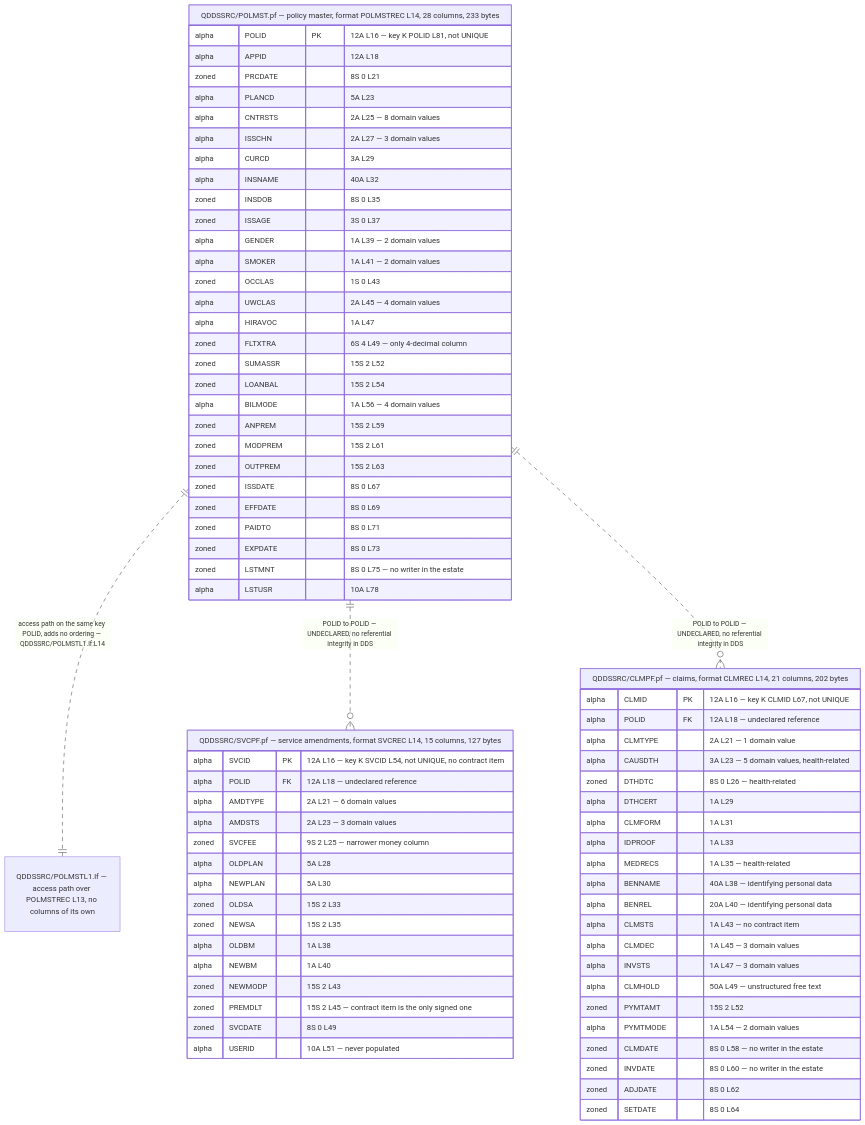
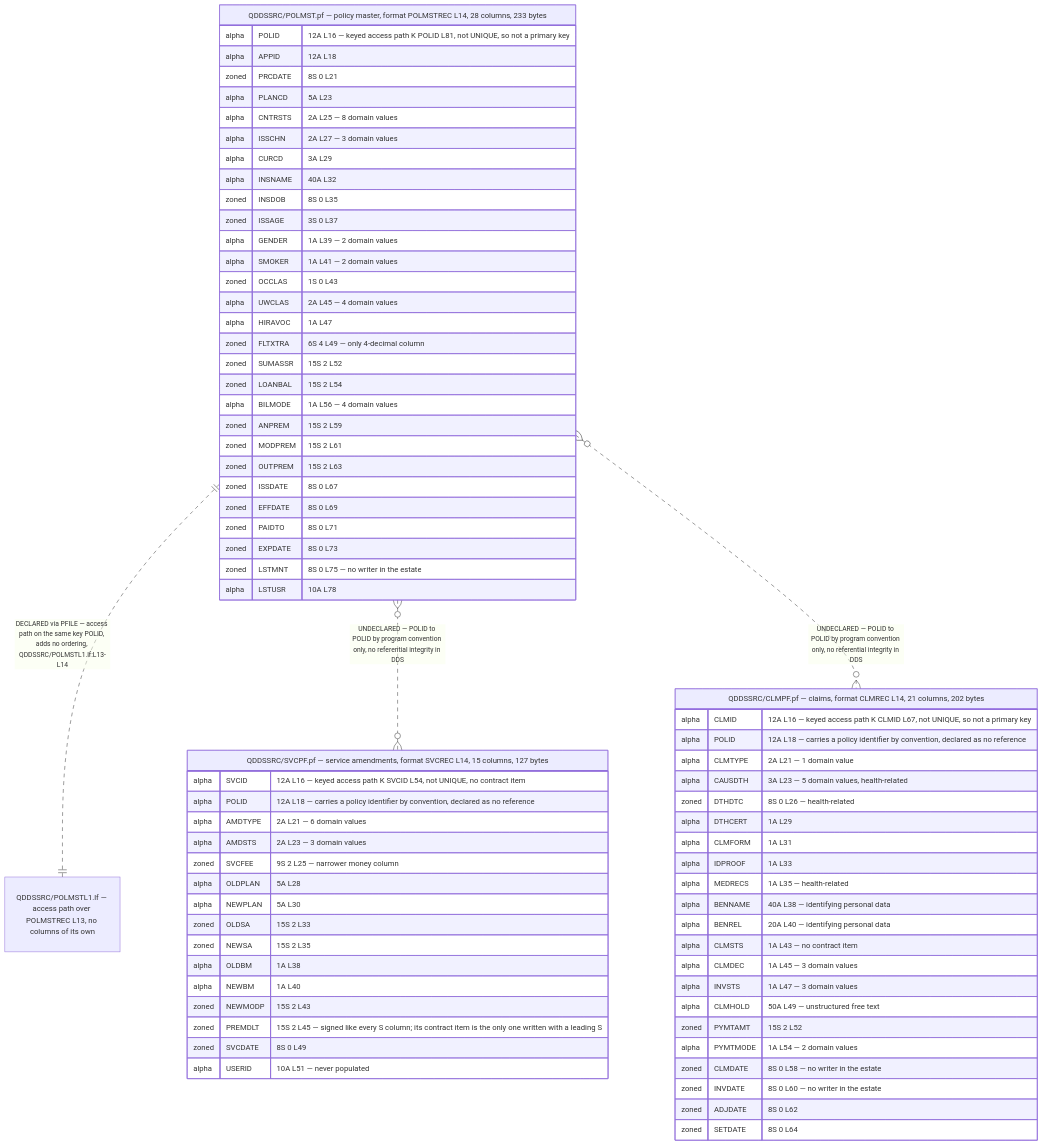
The first of 2 diagrams in docs/modernization/current-state/04-data-model-current-state.md (blitzy-public-samples/blitzy-LIFE400), drawn with Mermaid before and after one commit. The commit also changed other lines of this file and 10 other files, not shown here.

````diff
--- a/docs/modernization/current-state/04-data-model-current-state.md
+++ b/docs/modernization/current-state/04-data-model-current-state.md
@@ -548,78 +606,78 @@
 ```mermaid
 erDiagram
     POLMST["QDDSSRC/POLMST.pf — policy master, format POLMSTREC L14, 28 columns, 233 bytes"] {
-        alpha POLID PK "12A L16 — key K POLID L81, not UNIQUE"
+        alpha POLID "12A L16 — keyed access path K POLID L81, not UNIQUE, so not a primary key"
         alpha APPID "12A L18"
         zoned PRCDATE "8S 0 L21"
         alpha PLANCD "5A L23"
         alpha CNTRSTS "2A L25 — 8 domain values"
         alpha ISSCHN "2A L27 — 3 domain values"
         alpha CURCD "3A L29"
         alpha INSNAME "40A L32"
         zoned INSDOB "8S 0 L35"
         zoned ISSAGE "3S 0 L37"
         alpha GENDER "1A L39 — 2 domain values"
         alpha SMOKER "1A L41 — 2 domain values"
         zoned OCCLAS "1S 0 L43"
         alpha UWCLAS "2A L45 — 4 domain values"
         alpha HIRAVOC "1A L47"
         zoned FLTXTRA "6S 4 L49 — only 4-decimal column"
         zoned SUMASSR "15S 2 L52"
         zoned LOANBAL "15S 2 L54"
         alpha BILMODE "1A L56 — 4 domain values"
         zoned ANPREM "15S 2 L59"
         zoned MODPREM "15S 2 L61"
         zoned OUTPREM "15S 2 L63"
         zoned ISSDATE "8S 0 L67"
         zoned EFFDATE "8S 0 L69"
         zoned PAIDTO "8S 0 L71"
         zoned EXPDATE "8S 0 L73"
         zoned LSTMNT "8S 0 L75 — no writer in the estate"
         alpha LSTUSR "10A L78"
     }
     POLMSTL1["QDDSSRC/POLMSTL1.lf — access path over POLMSTREC L13, no columns of its own"] {
     }
     SVCPF["QDDSSRC/SVCPF.pf — service amendments, format SVCREC L14, 15 columns, 127 bytes"] {
-        alpha SVCID PK "12A L16 — key K SVCID L54, not UNIQUE, no contract item"
-        alpha POLID FK "12A L18 — undeclared reference"
+        alpha SVCID "12A L16 — keyed access path K SVCID L54, not UNIQUE, no contract item"
+        alpha POLID "12A L18 — carries a policy identifier by convention, declared as no reference"
         alpha AMDTYPE "2A L21 — 6 domain values"
         alpha AMDSTS "2A L23 — 3 domain values"
         zoned SVCFEE "9S 2 L25 — narrower money column"
         alpha OLDPLAN "5A L28"
         alpha NEWPLAN "5A L30"
         zoned OLDSA "15S 2 L33"
         zoned NEWSA "15S 2 L35"
         alpha OLDBM "1A L38"
         alpha NEWBM "1A L40"
         zoned NEWMODP "15S 2 L43"
-        zoned PREMDLT "15S 2 L45 — contract item is the only signed one"
+        zoned PREMDLT "15S 2 L45 — signed like every S column; its contract item is the only one written with a leading S"
         zoned SVCDATE "8S 0 L49"
         alpha USERID "10A L51 — never populated"
     }
     CLMPF["QDDSSRC/CLMPF.pf — claims, format CLMREC L14, 21 columns, 202 bytes"] {
-        alpha CLMID PK "12A L16 — key K CLMID L67, not UNIQUE"
-        alpha POLID FK "12A L18 — undeclared reference"
+        alpha CLMID "12A L16 — keyed access path K CLMID L67, not UNIQUE, so not a primary key"
+        alpha POLID "12A L18 — carries a policy identifier by convention, declared as no reference"
         alpha CLMTYPE "2A L21 — 1 domain value"
         alpha CAUSDTH "3A L23 — 5 domain values, health-related"
         zoned DTHDTC "8S 0 L26 — health-related"
         alpha DTHCERT "1A L29"
         alpha CLMFORM "1A L31"
         alpha IDPROOF "1A L33"
         alpha MEDRECS "1A L35 — health-related"
         alpha BENNAME "40A L38 — identifying personal data"
         alpha BENREL "20A L40 — identifying personal data"
         alpha CLMSTS "1A L43 — no contract item"
         alpha CLMDEC "1A L45 — 3 domain values"
         alpha INVSTS "1A L47 — 3 domain values"
         alpha CLMHOLD "50A L49 — unstructured free text"
         zoned PYMTAMT "15S 2 L52"
         alpha PYMTMODE "1A L54 — 2 domain values"
         zoned CLMDATE "8S 0 L58 — no writer in the estate"
         zoned INVDATE "8S 0 L60 — no writer in the estate"
         zoned ADJDATE "8S 0 L62"
         zoned SETDATE "8S 0 L64"
     }
-    POLMST ||..|| POLMSTL1 : "access path on the same key POLID, adds no ordering — QDDSSRC/POLMSTL1.lf:L14"
-    POLMST ||..o{ SVCPF : "POLID to POLID — UNDECLARED, no referential integrity in DDS"
-    POLMST ||..o{ CLMPF : "POLID to POLID — UNDECLARED, no referential integrity in DDS"
+    POLMST ||..|| POLMSTL1 : "DECLARED via PFILE — access path on the same key POLID, adds no ordering, QDDSSRC/POLMSTL1.lf:L13-L14"
+    POLMST }o..o{ SVCPF : "UNDECLARED — POLID to POLID by program convention only, no referential integrity in DDS"
+    POLMST }o..o{ CLMPF : "UNDECLARED — POLID to POLID by program convention only, no referential integrity in DDS"
 ```
````
